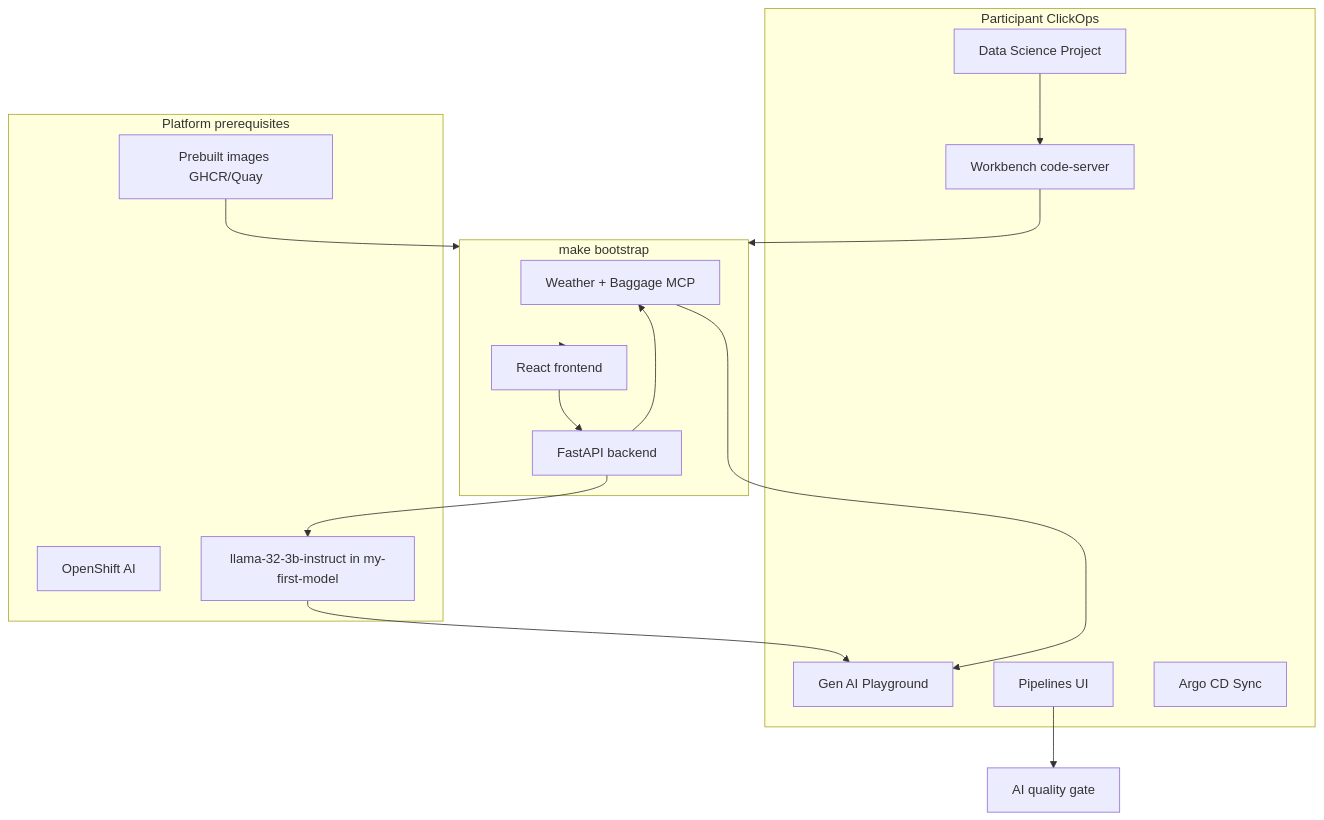
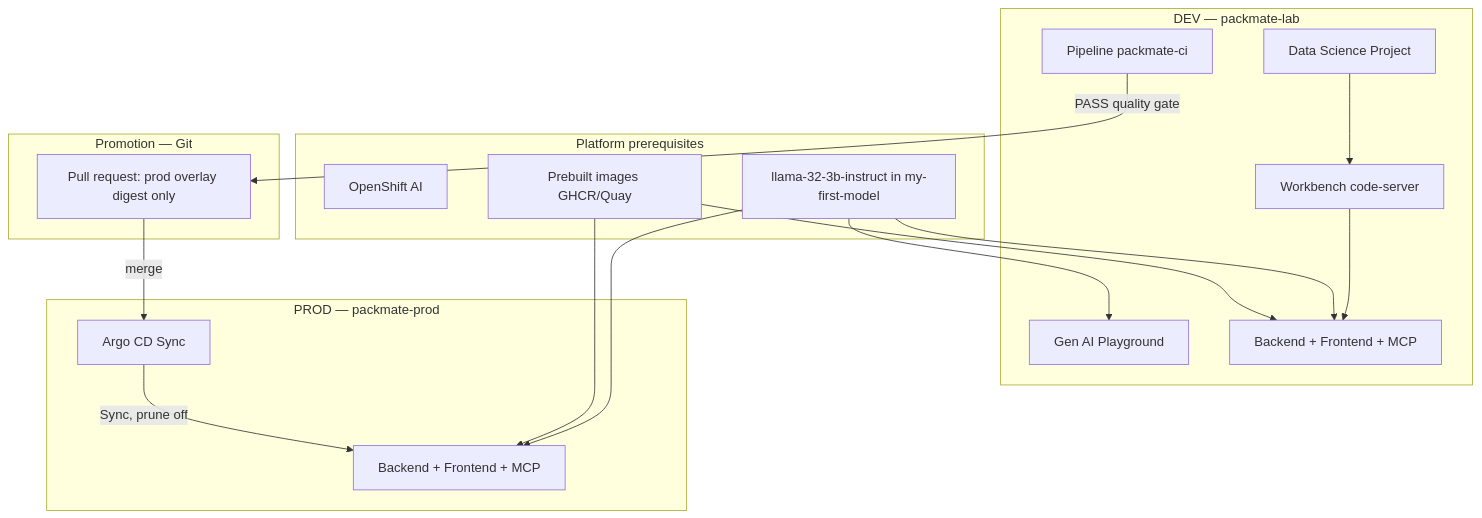
The diagram in README.md (Lindagh1/packmate-agent), drawn with Mermaid before and after one commit. The commit also changed other lines of this file and 12 other files, not shown here.

Commit message:
Document Packmate DEV to PROD workflow

````diff
--- a/README.md
+++ b/README.md
@@ -27,29 +26,31 @@
 ```mermaid
 flowchart TB
-  subgraph clickops [Participant ClickOps]
+  subgraph dev [DEV — packmate-lab]
     DSP[Data Science Project]
     WB[Workbench code-server]
     PG[Gen AI Playground]
-    PipeUI[Pipelines UI]
+    PipeUI[Pipeline packmate-ci]
+    AppDev[Backend + Frontend + MCP]
+  end
+  subgraph promo [Promotion — Git]
+    PR[Pull request: prod overlay digest only]
+  end
+  subgraph prod [PROD — packmate-prod]
     ArgoUI[Argo CD Sync]
-  end
-  subgraph boot [make bootstrap]
-    MCP[Weather + Baggage MCP]
-    BE[FastAPI backend]
-    FE[React frontend]
+    AppProd[Backend + Frontend + MCP]
   end
   subgraph platform [Platform prerequisites]
     OAI[OpenShift AI]
     Model[llama-32-3b-instruct in my-first-model]
     Img[Prebuilt images GHCR/Quay]
   end
-  DSP --> WB --> boot
+  DSP --> WB --> AppDev
   Model --> PG
-  MCP --> PG
-  boot --> FE
-  FE --> BE
-  BE --> Model
-  BE --> MCP
-  PipeUI --> QG[AI quality gate]
-  Img --> boot
+  Model --> AppDev
+  Model --> AppProd
+  Img --> AppDev
+  Img --> AppProd
+  PipeUI -->|"PASS quality gate"| PR
+  PR -->|merge| ArgoUI
+  ArgoUI -->|Sync, prune off| AppProd
 ```
````
